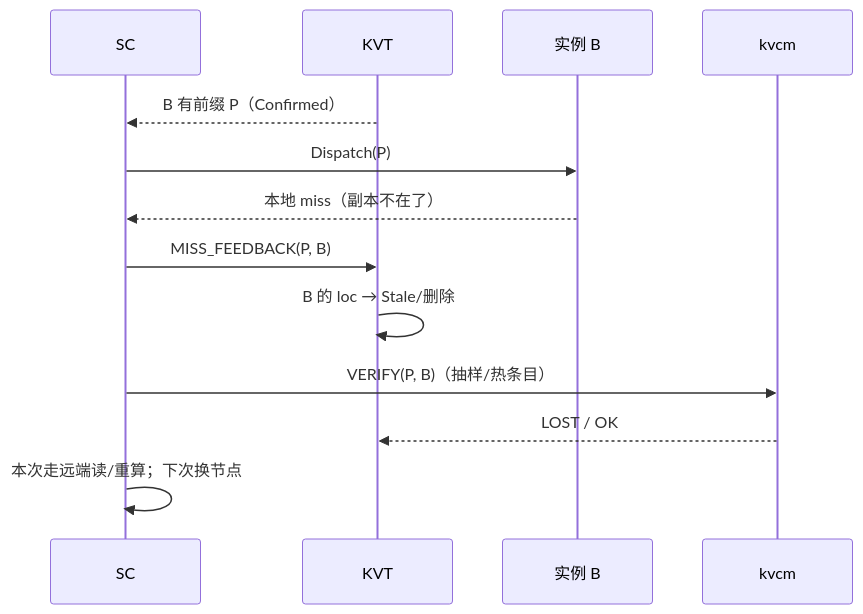
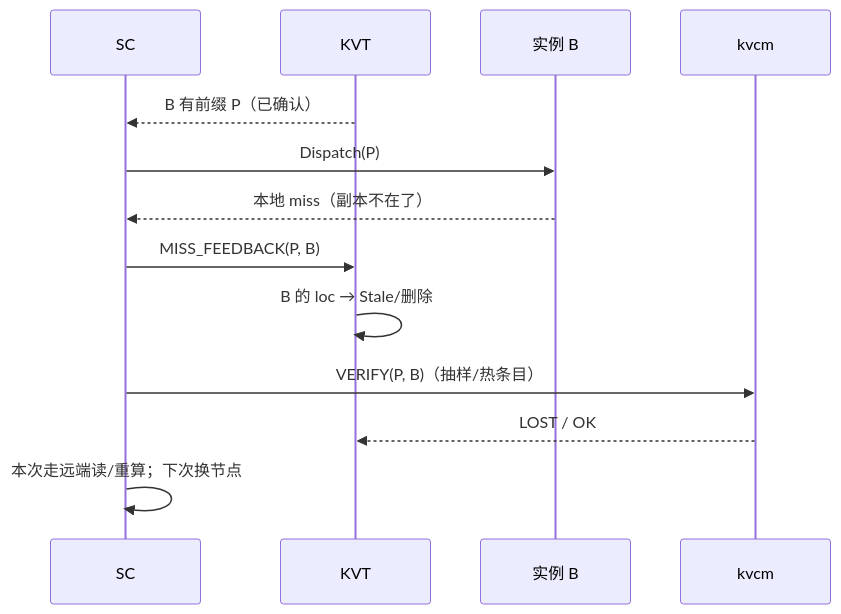
The eighth of 10 diagrams in kvcm/design/D8b-scheduling-sequences.md (5x8-40/lake), drawn with Mermaid before and after one commit. The commit also changed other lines of this file and 4 other files, not shown here.

````diff
--- a/kvcm/design/D8b-scheduling-sequences.md
+++ b/kvcm/design/D8b-scheduling-sequences.md
@@ -229,16 +229,16 @@
 ```mermaid
 sequenceDiagram
     participant R as SC
     participant KVT as KVT
     participant W as 实例 B
     participant K as kvcm
 
-    KVT-->>R: B 有前缀 P（Confirmed）
+    KVT-->>R: B 有前缀 P（已确认）
     R->>W: Dispatch(P)
     W-->>R: 本地 miss（副本不在了）
     R->>KVT: MISS_FEEDBACK(P, B)
     KVT->>KVT: B 的 loc → Stale/删除
     R->>K: VERIFY(P, B)（抽样/热条目）
     K-->>KVT: LOST / OK
     R->>R: 本次走远端读/重算；下次换节点
 ```
````
